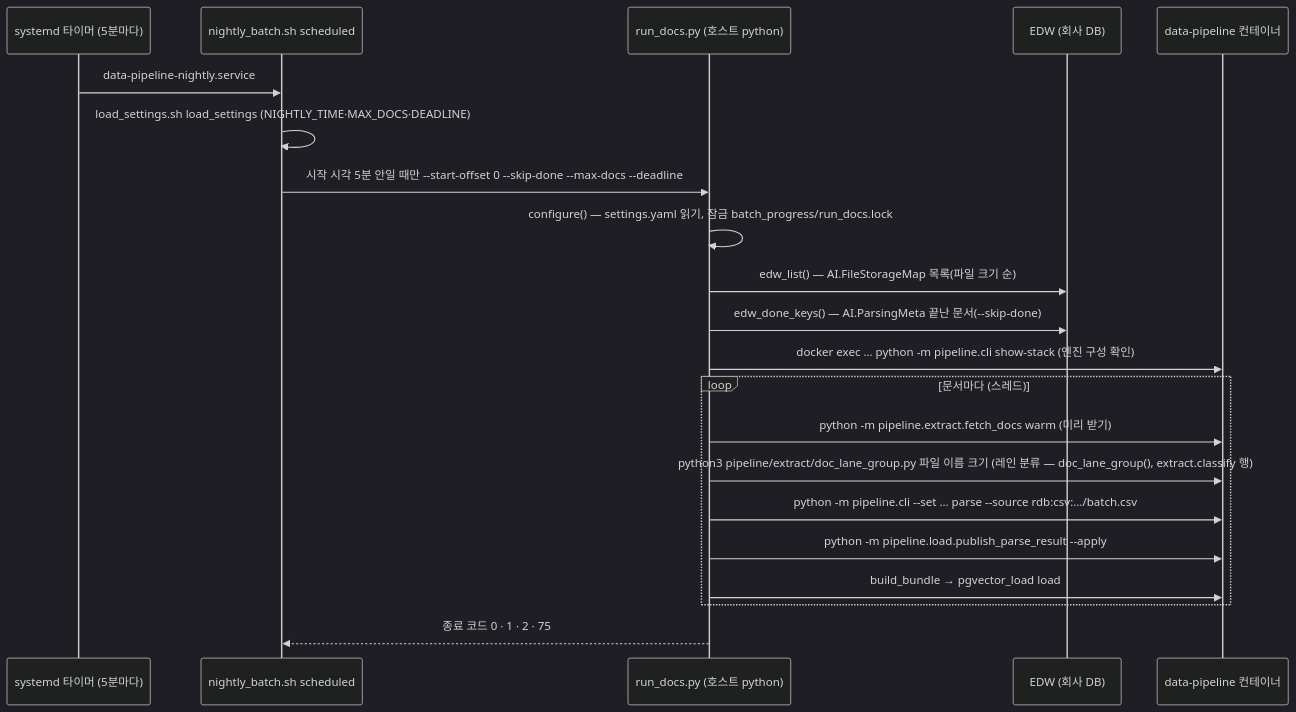
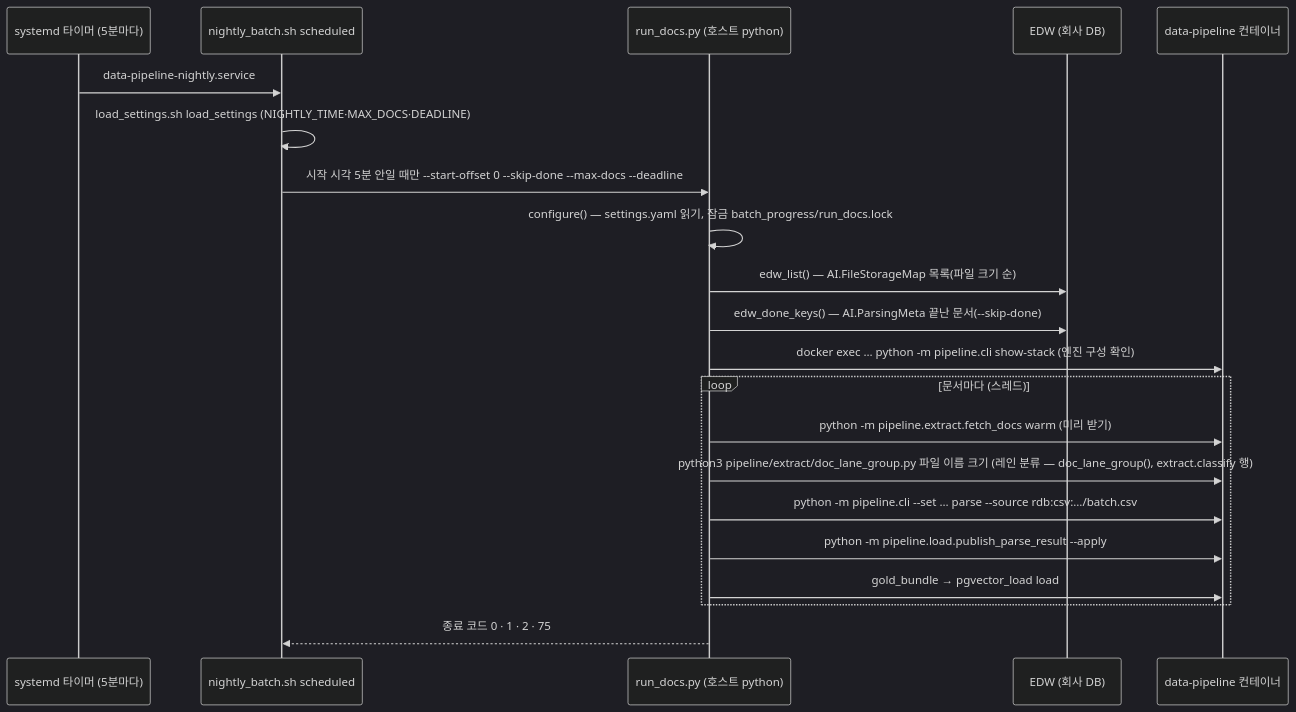
Before and after one commit to gigasamba/sbl_data_parsing: the second of 11 diagrams in docs/architecture/parse_flow.md, drawn with Mermaid (dark theme). The commit also changed other lines of this file and 87 other files, not shown here.

````diff
--- a/docs/architecture/parse_flow.md
+++ b/docs/architecture/parse_flow.md
@@ -79,23 +79,23 @@
 ```mermaid
 sequenceDiagram
     participant T as systemd 타이머 (5분마다)
     participant S as nightly_batch.sh scheduled
     participant R as run_docs.py (호스트 python)
     participant E as EDW (회사 DB)
     participant C as data-pipeline 컨테이너
     T->>S: data-pipeline-nightly.service
     S->>S: load_settings.sh load_settings (NIGHTLY_TIME·MAX_DOCS·DEADLINE)
     S->>R: 시작 시각 5분 안일 때만 --start-offset 0 --skip-done --max-docs --deadline
     R->>R: configure() — settings.yaml 읽기, 잠금 batch_progress/run_docs.lock
     R->>E: edw_list() — AI.FileStorageMap 목록(파일 크기 순)
     R->>E: edw_done_keys() — AI.ParsingMeta 끝난 문서(--skip-done)
     R->>C: docker exec … python -m pipeline.cli show-stack (엔진 구성 확인)
     loop 문서마다 (스레드)
         R->>C: python -m pipeline.extract.fetch_docs warm (미리 받기)
         R->>C: python3 pipeline/extract/doc_lane_group.py 파일 이름 크기 (레인 분류 — doc_lane_group(), extract.classify 행)
         R->>C: python -m pipeline.cli --set … parse --source rdb:csv:…/batch.csv
         R->>C: python -m pipeline.load.publish_parse_result --apply
-        R->>C: build_bundle → pgvector_load load
+        R->>C: gold_bundle → pgvector_load load
     end
     R-->>S: 종료 코드 0 · 1 · 2 · 75
 ```
````
